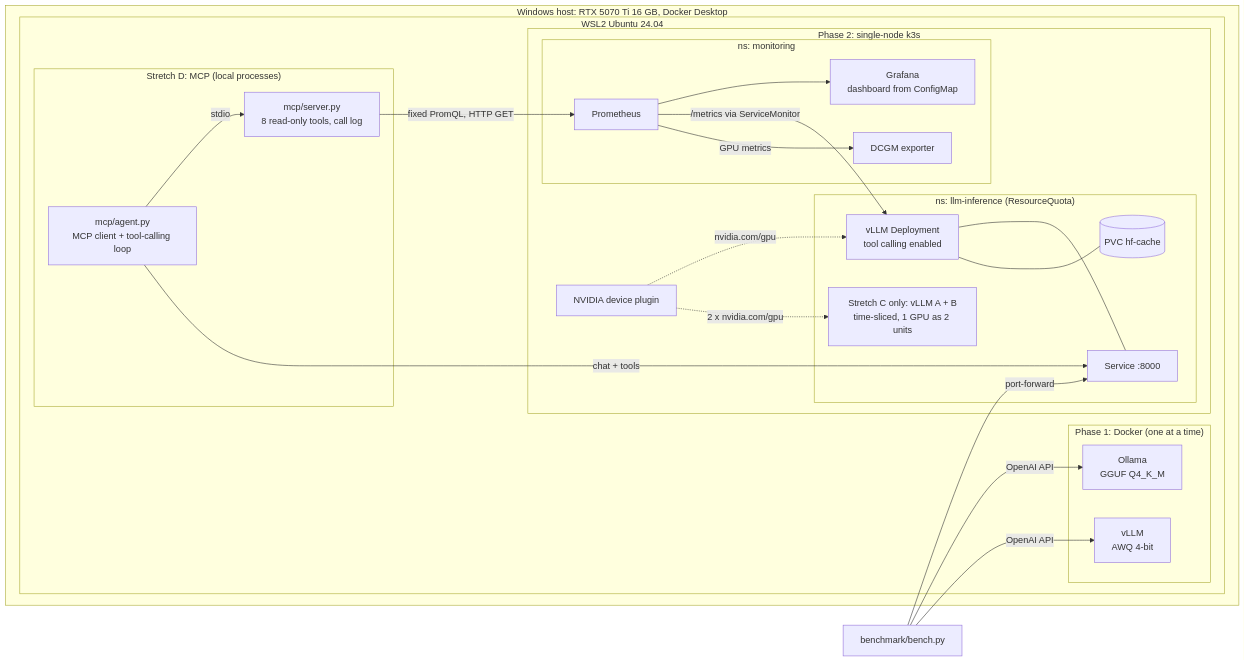
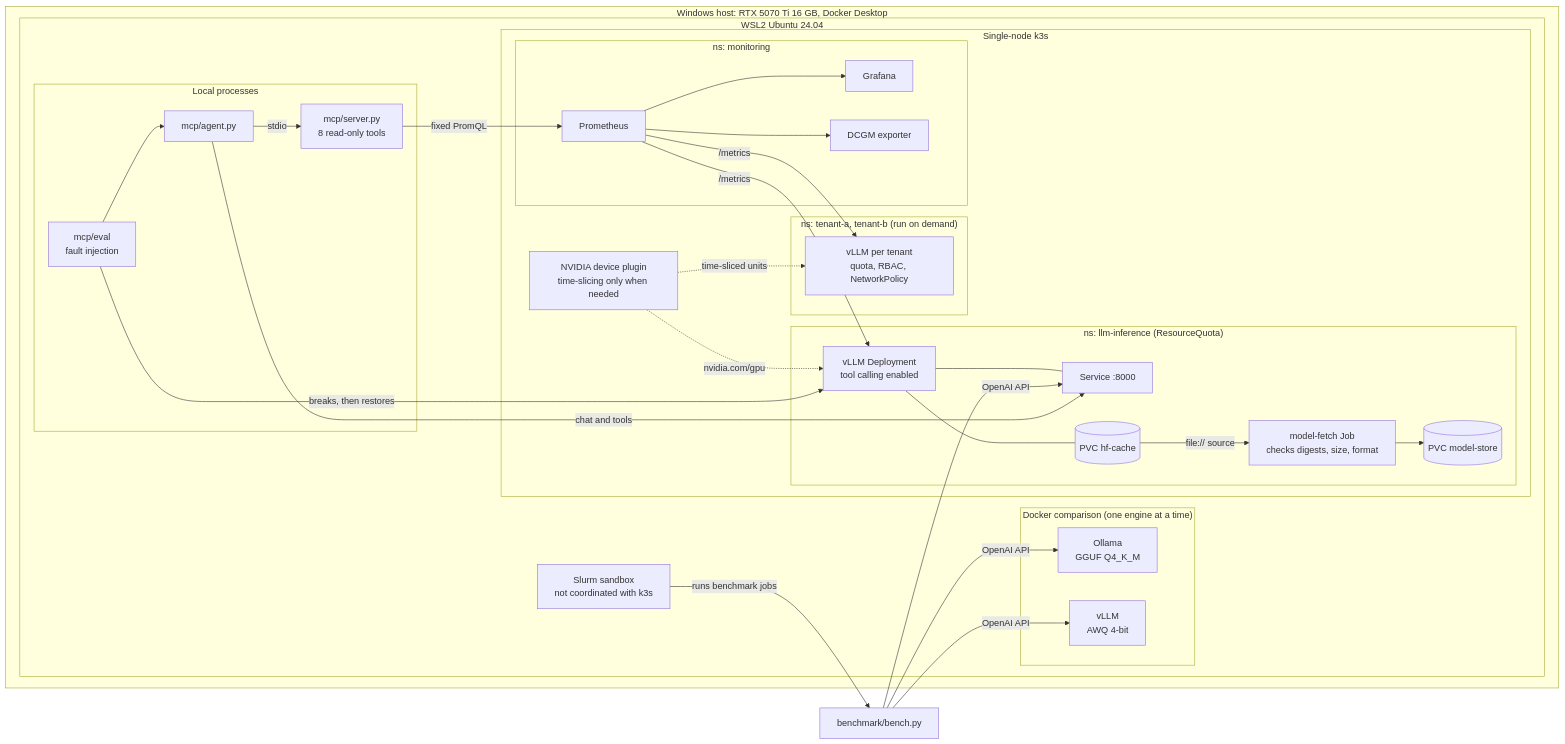
The diagram in README.md (Guru-karthik/self-hosted-llm-inference-lab), drawn with Mermaid before and after one commit. The commit also changed other lines of this file, not shown here.

Commit message:
docs: bring README intro, repo map, diagram and environment table up to date

````diff
--- a/README.md
+++ b/README.md
@@ -32,35 +33,45 @@
 ```mermaid
 flowchart LR
   subgraph host["Windows host: RTX 5070 Ti 16 GB, Docker Desktop"]
     subgraph wsl["WSL2 Ubuntu 24.04"]
-      subgraph p1["Phase 1: Docker (one at a time)"]
+      subgraph docker["Docker comparison (one engine at a time)"]
         O["Ollama<br/>GGUF Q4_K_M"]
         V1["vLLM<br/>AWQ 4-bit"]
       end
-      subgraph k3s["Phase 2: single-node k3s"]
+      subgraph k3s["Single-node k3s"]
         subgraph nsi["ns: llm-inference (ResourceQuota)"]
           V2["vLLM Deployment<br/>tool calling enabled"] --- SVC["Service :8000"]
           V2 --- PVC[("PVC hf-cache")]
-          VAB["Stretch C only: vLLM A + B<br/>time-sliced, 1 GPU as 2 units"]
+          JOB["model-fetch Job<br/>checks digests, size, format"] --> STORE[("PVC model-store")]
+          PVC -->|"file:// source"| JOB
+        end
+        subgraph tenants["ns: tenant-a, tenant-b (run on demand)"]
+          T["vLLM per tenant<br/>quota, RBAC, NetworkPolicy"]
         end
         subgraph nsm["ns: monitoring"]
-          PR["Prometheus"] --> GF["Grafana<br/>dashboard from ConfigMap"]
+          PR["Prometheus"] --> GF["Grafana"]
           DC["DCGM exporter"]
         end
-        PLUG["NVIDIA device plugin"]
+        PLUG["NVIDIA device plugin<br/>time-slicing only when needed"]
       end
-      subgraph mcpbox["Stretch D: MCP (local processes)"]
-        AG["mcp/agent.py<br/>MCP client + tool-calling loop"] -->|stdio| MS["mcp/server.py<br/>8 read-only tools, call log"]
+      subgraph ops["Local processes"]
+        AG["mcp/agent.py"] -->|stdio| MS["mcp/server.py<br/>8 read-only tools"]
+        EV["mcp/eval<br/>fault injection"]
       end
+      SL["Slurm sandbox<br/>not coordinated with k3s"]
     end
   end
   B["benchmark/bench.py"] -->|OpenAI API| O
   B -->|OpenAI API| V1
-  B -->|port-forward| SVC
-  PR -->|"/metrics via ServiceMonitor"| V2
-  PR -->|"GPU metrics"| DC
+  B -->|OpenAI API| SVC
+  SL -->|"runs benchmark jobs"| B
+  PR -->|"/metrics"| V2
+  PR -->|"/metrics"| T
+  PR --> DC
   PLUG -.->|nvidia.com/gpu| V2
-  PLUG -.->|"2 x nvidia.com/gpu"| VAB
-  MS -->|"fixed PromQL, HTTP GET"| PR
-  AG -->|"chat + tools"| SVC
+  PLUG -.->|"time-sliced units"| T
+  MS -->|"fixed PromQL"| PR
+  AG -->|"chat and tools"| SVC
+  EV -->|"breaks, then restores"| V2
+  EV --> AG
 ```
````
